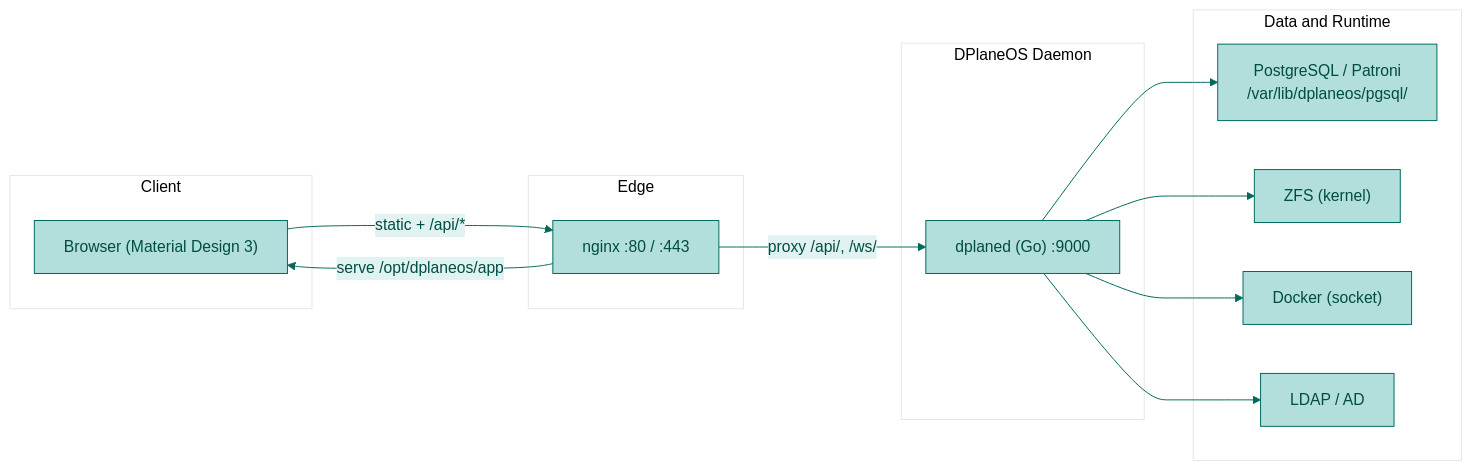
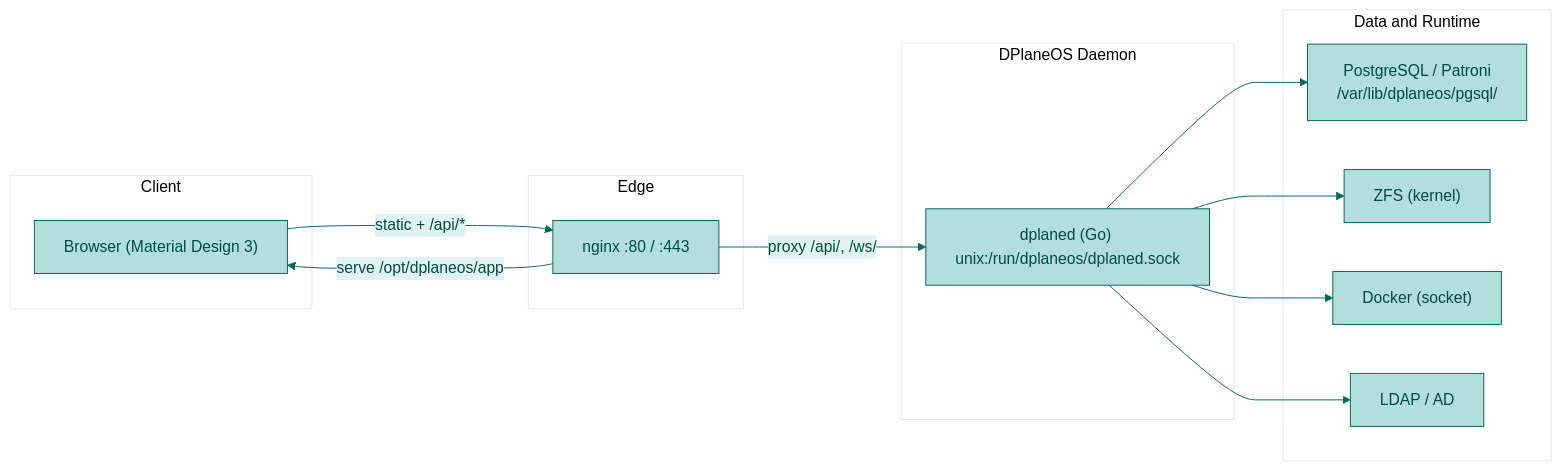
One commit to 4nonX/D-PlaneOS changed the first of 7 diagrams in docs/development/CODEBASE-DIAGRAM.md. Above: the diagram before and after it, drawn with Mermaid. The commit also changed other lines of this file and 26 other files, not shown here.

````diff
--- a/docs/development/CODEBASE-DIAGRAM.md
+++ b/docs/development/CODEBASE-DIAGRAM.md
@@ -9,30 +9,30 @@
 ```mermaid
 %%{init: {'theme':'base', 'themeVariables': { 'primaryColor':'#b2dfdb', 'primaryTextColor':'#004d40', 'primaryBorderColor':'#00695c', 'lineColor':'#00695c', 'secondaryColor':'#e0f2f1', 'tertiaryColor':'#fff' }}}%%
 flowchart LR
     subgraph Client
         Browser["Browser (Material Design 3)"]
     end
 
     subgraph Edge
         nginx["nginx :80 / :443"]
     end
 
     subgraph Backend["DPlaneOS Daemon"]
-        dplaned["dplaned (Go) :9000"]
+        dplaned["dplaned (Go) unix:/run/dplaneos/dplaned.sock"]
     end
 
     subgraph Data["Data and Runtime"]
         PostgreSQL["PostgreSQL / Patroni\n/var/lib/dplaneos/pgsql/"]
         ZFS["ZFS (kernel)"]
         Docker["Docker (socket)"]
         LDAP["LDAP / AD"]
     end
 
     Browser -->|"static + /api/*"| nginx
     nginx -->|"proxy /api/, /ws/"| dplaned
     nginx -->|"serve /opt/dplaneos/app"| Browser
     dplaned --> PostgreSQL
     dplaned --> ZFS
     dplaned --> Docker
     dplaned --> LDAP
 ```
````
